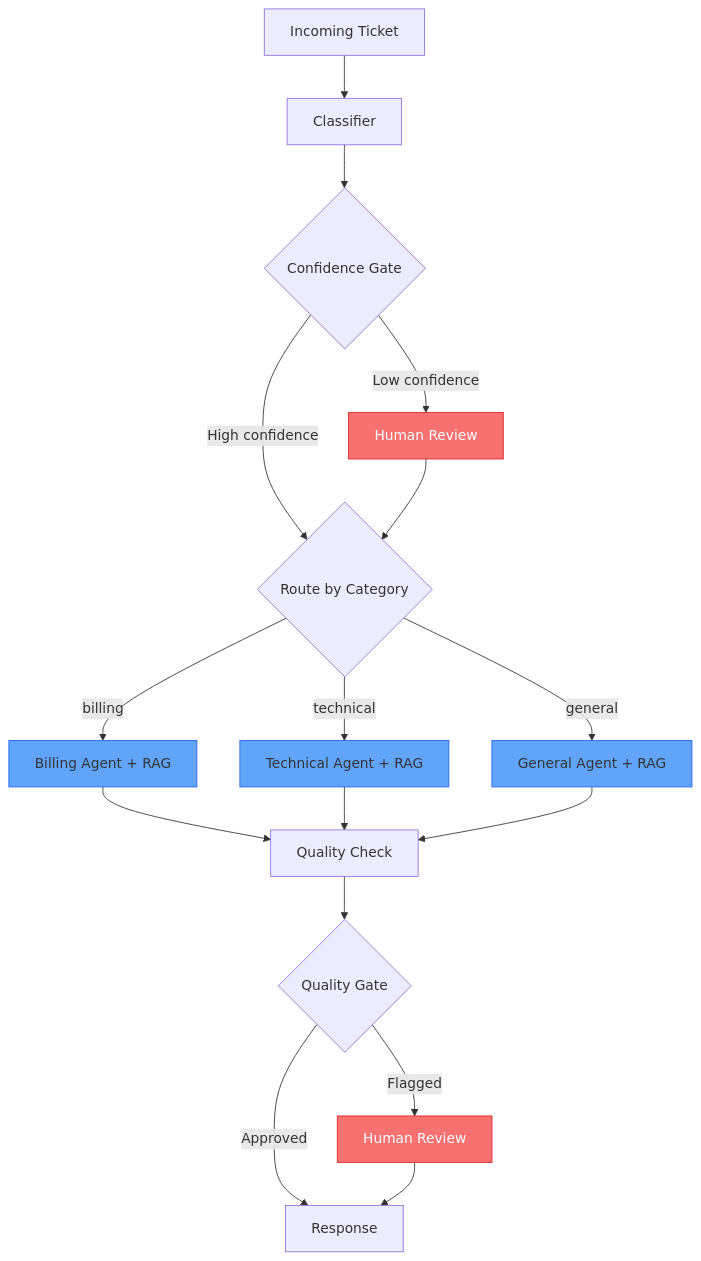
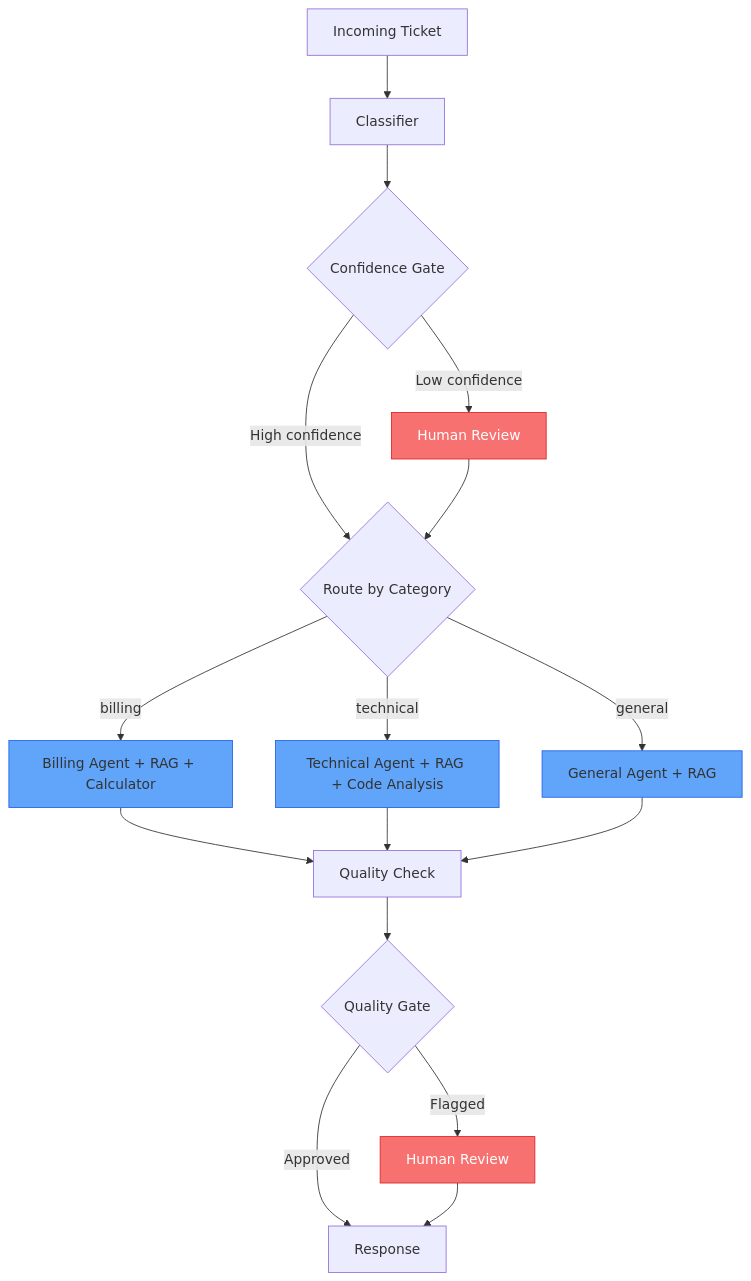
One commit to YDawoud7/Customer-Support-Ticket-Processor changed the diagram in README.md. Above: the diagram before and after it, drawn with Mermaid.

Commit message:
Show agent-specific tools in architecture diagram

````diff
--- a/README.md
+++ b/README.md
@@ -11,24 +11,24 @@
 ```mermaid
 flowchart TD
     A[Incoming Ticket] --> B[Classifier]
     B --> C{Confidence Gate}
     C -->|High confidence| D{Route by Category}
     C -->|Low confidence| H1[Human Review]
     H1 --> D
-    D -->|billing| E1[Billing Agent + RAG]
-    D -->|technical| E2[Technical Agent + RAG]
+    D -->|billing| E1[Billing Agent + RAG + Calculator]
+    D -->|technical| E2[Technical Agent + RAG + Code Analysis]
     D -->|general| E3[General Agent + RAG]
     E1 --> F[Quality Check]
     E2 --> F
     E3 --> F
     F --> G{Quality Gate}
     G -->|Approved| I[Response]
     G -->|Flagged| H2[Human Review]
     H2 --> I
 
     style H1 fill:#f87171,stroke:#dc2626,color:#fff
     style H2 fill:#f87171,stroke:#dc2626,color:#fff
     style E1 fill:#60a5fa,stroke:#2563eb
     style E2 fill:#60a5fa,stroke:#2563eb
     style E3 fill:#60a5fa,stroke:#2563eb
 ```
````
